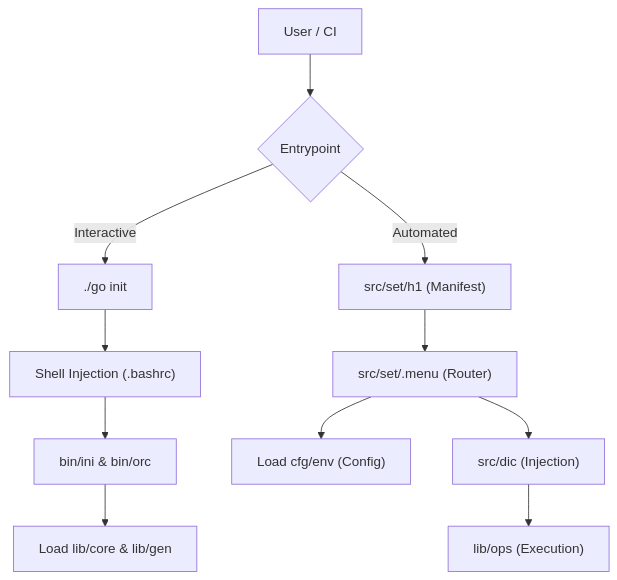
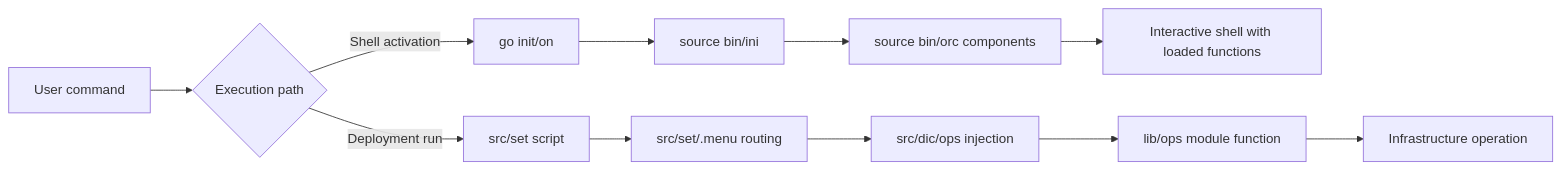
One commit to woeiru/lab changed the second of 2 diagrams in doc/arc/00-architecture-overview.md. Above: the diagram before and after it, drawn with Mermaid. The commit also changed other lines of this file, not shown here.

Commit message:
00 architectual overhaul

````diff
--- a/doc/arc/00-architecture-overview.md
+++ b/doc/arc/00-architecture-overview.md
@@ -33,13 +79,14 @@
 ```mermaid
-graph TD
-    A[User / CI] --> B{Entrypoint}
-    B --> |Interactive| C["./go init"]
-    B --> |Automated| D["src/set/h1 (Manifest)"]
-    C --> E["Shell Injection (.bashrc)"]
-    E --> F["bin/ini & bin/orc"]
-    F --> G["Load lib/core & lib/gen"]
-    D --> H["src/set/.menu (Router)"]
-    H --> I["Load cfg/env (Config)"]
-    H --> J["src/dic (Injection)"]
-    J --> K["lib/ops (Execution)"]
+flowchart LR
+    A[User command] --> B{Execution path}
+    B -->|Shell activation| C[go init/on]
+    C --> D[source bin/ini]
+    D --> E[source bin/orc components]
+    E --> F[Interactive shell with loaded functions]
+
+    B -->|Deployment run| G[src/set script]
+    G --> H[src/set/.menu routing]
+    H --> I[src/dic/ops injection]
+    I --> J[lib/ops module function]
+    J --> K[Infrastructure operation]
 ```
````
